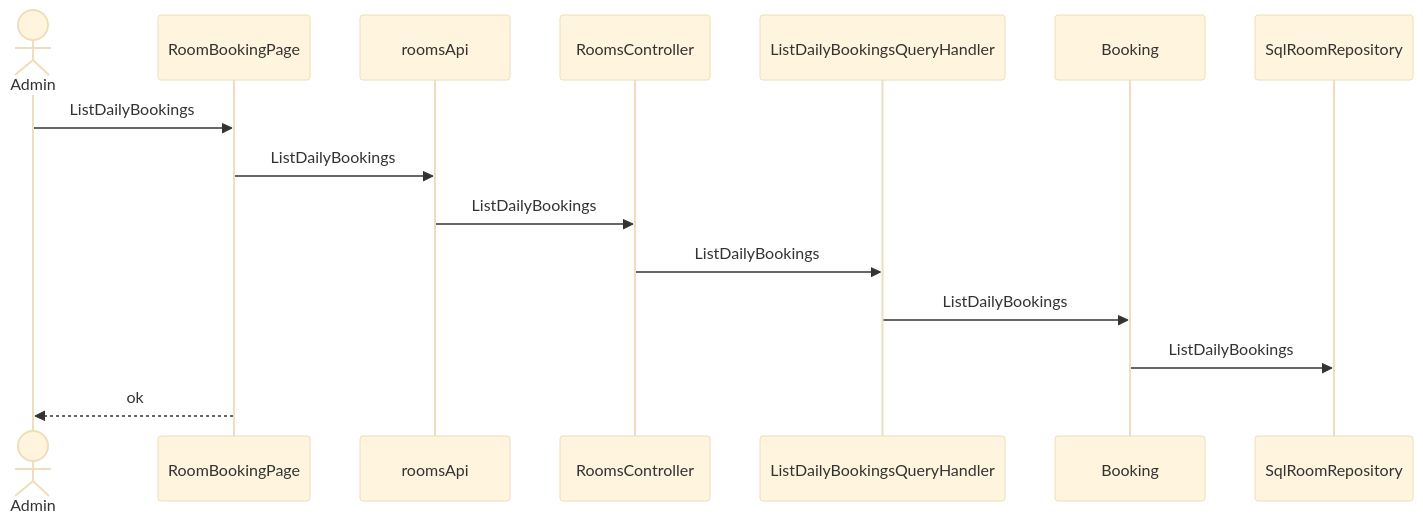
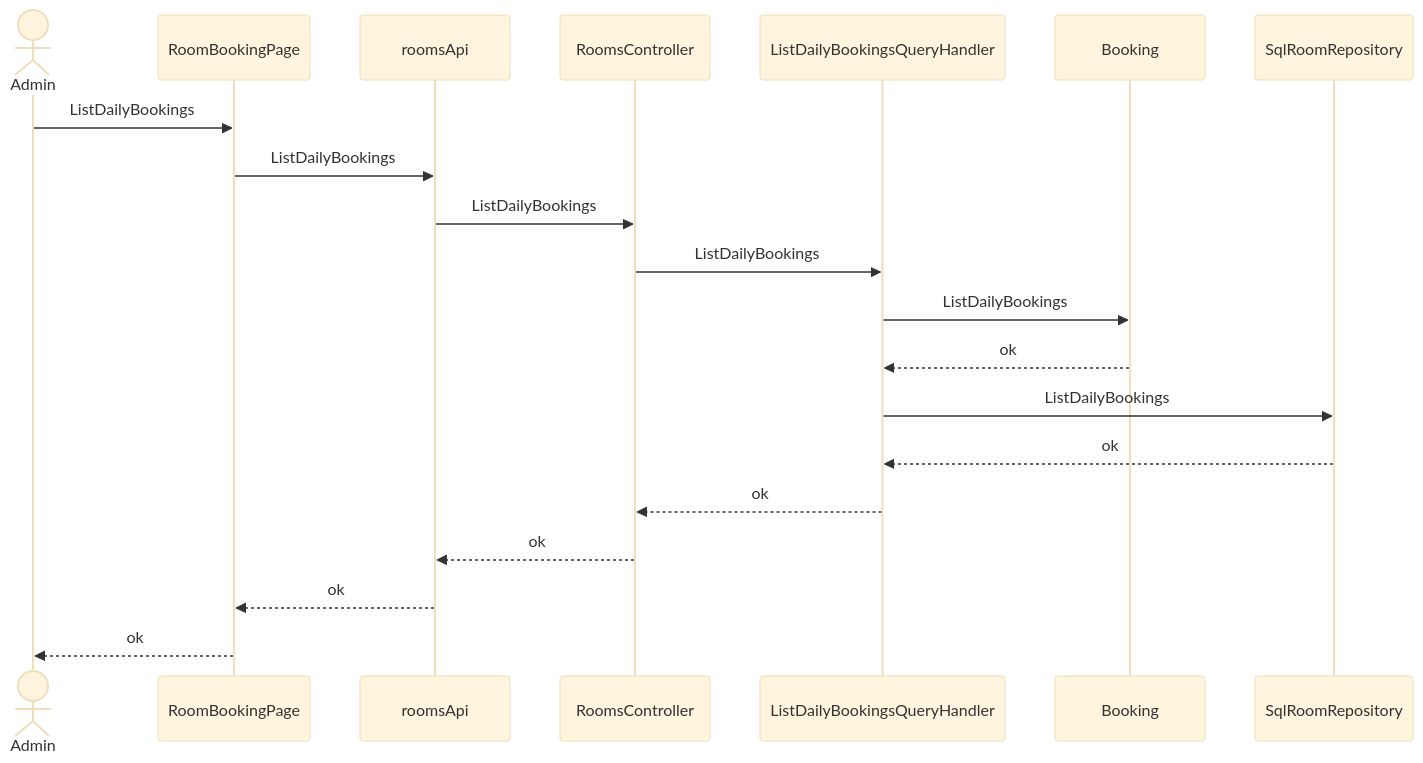
One commit to pin0513/AITools changed the sixth of 6 diagrams in skills/spec-dev-process/examples/matrix/fs-back-en-s2/specs/rd/room-booking/spec/30-architecture-c4.md. Above: the diagram before and after it, drawn with Mermaid (base theme). The commit also changed other lines of this file and 257 other files, not shown here.

````diff
--- a/skills/spec-dev-process/examples/matrix/fs-back-en-s2/specs/rd/room-booking/spec/30-architecture-c4.md
+++ b/skills/spec-dev-process/examples/matrix/fs-back-en-s2/specs/rd/room-booking/spec/30-architecture-c4.md
@@ -150,17 +161,22 @@
 ```mermaid
 sequenceDiagram
   actor U as Admin
   participant CMP001 as RoomBookingPage
   participant CMP002 as roomsApi
   participant CMP003 as RoomsController
   participant CMP007 as ListDailyBookingsQueryHandler
   participant CMP008 as Booking
   participant CMP009 as SqlRoomRepository
   U->>CMP001: ListDailyBookings
   CMP001->>CMP002: ListDailyBookings
   CMP002->>CMP003: ListDailyBookings
   CMP003->>CMP007: ListDailyBookings
   CMP007->>CMP008: ListDailyBookings
-  CMP008->>CMP009: ListDailyBookings
+  CMP008-->>CMP007: ok
+  CMP007->>CMP009: ListDailyBookings
+  CMP009-->>CMP007: ok
+  CMP007-->>CMP003: ok
+  CMP003-->>CMP002: ok
+  CMP002-->>CMP001: ok
   CMP001-->>U: ok
 ```
````
